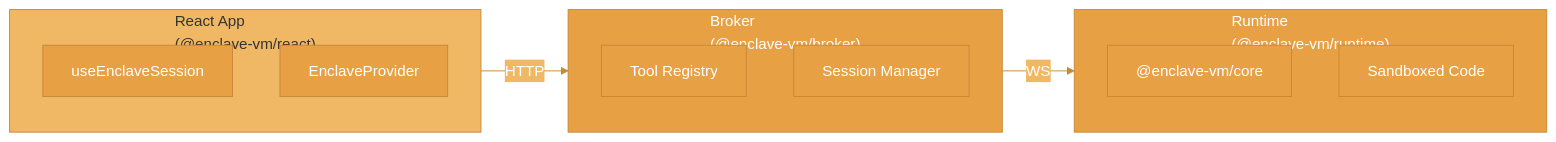
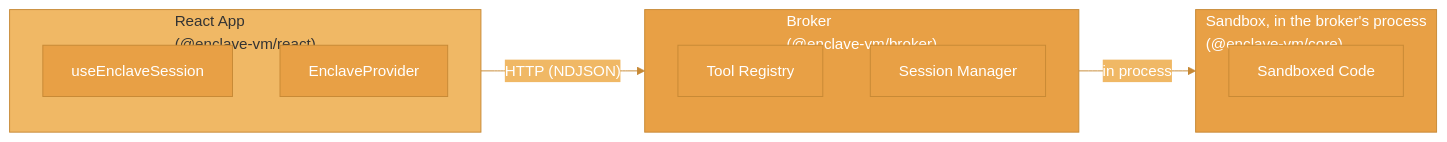
Before and after one commit to agentfront/enclave: the diagram in docs/enclave/enclavejs/overview.mdx, drawn with Mermaid. The commit also changed other lines of this file and 22 other files, not shown here.

````diff
--- a/docs/enclave/enclavejs/overview.mdx
+++ b/docs/enclave/enclavejs/overview.mdx
@@ -14,21 +14,20 @@
 ```mermaid
 %%{init: {'theme': 'base', 'themeVariables': { 'primaryColor': '#e8a045', 'primaryTextColor': '#fff', 'primaryBorderColor': '#c78935', 'lineColor': '#c78935', 'secondaryColor': '#f0b865', 'tertiaryColor': '#fff5e6'}}}%%
 flowchart LR
     subgraph react["React App<br/>(@enclave-vm/react)"]
         R1["useEnclaveSession"]
         R2["EnclaveProvider"]
     end
     subgraph broker["Broker<br/>(@enclave-vm/broker)"]
         B1["Tool Registry"]
         B2["Session Manager"]
     end
-    subgraph runtime["Runtime<br/>(@enclave-vm/runtime)"]
-        RT1["@enclave-vm/core"]
+    subgraph sandbox["Sandbox, in the broker's process<br/>(@enclave-vm/core)"]
         RT2["Sandboxed Code"]
     end
-    react -->|HTTP| broker
-    broker -->|WS| runtime
+    react -->|"HTTP (NDJSON)"| broker
+    broker -->|in process| sandbox
     style react fill:#f0b865,stroke:#c78935,color:#333
     style broker fill:#e8a045,stroke:#c78935,color:#fff
-    style runtime fill:#e8a045,stroke:#c78935,color:#fff
+    style sandbox fill:#e8a045,stroke:#c78935,color:#fff
 ```
````
